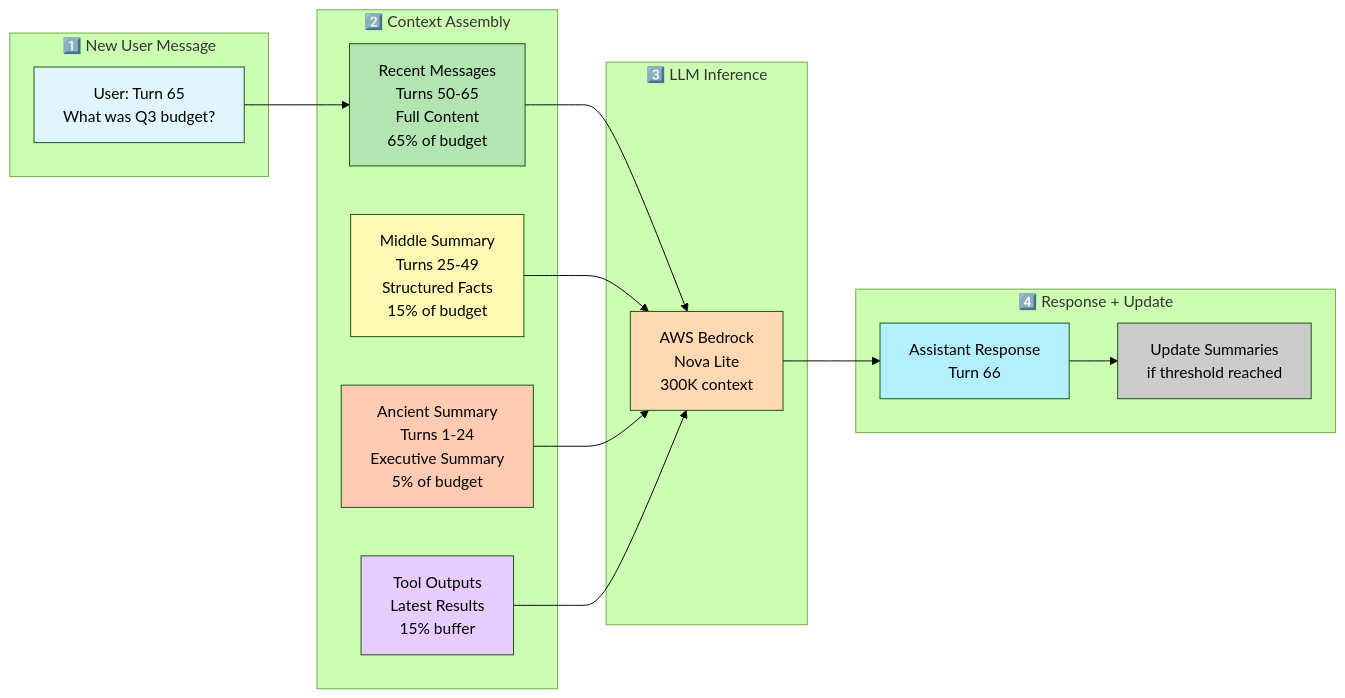
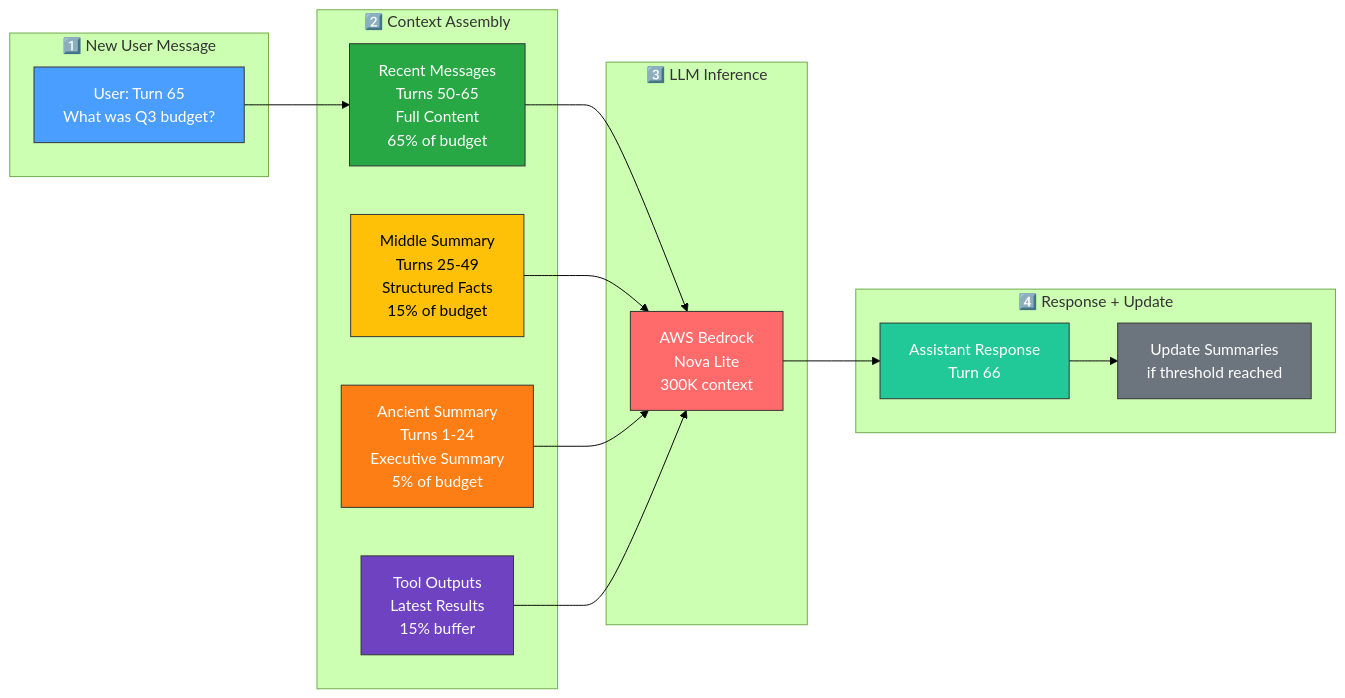
The first of 7 diagrams in README.md (koladilip/hierarchical-context-ai-agent), drawn with Mermaid (forest theme) before and after one commit.

Commit message:
docs: improve Context Management Flow diagram readability with darker colors and high contrast text

````diff
--- a/README.md
+++ b/README.md
@@ -58,40 +58,40 @@
 ```mermaid
 graph LR
     subgraph Input["1️⃣ New User Message"]
         U[User: Turn 65<br/>What was Q3 budget?]
     end
     
     subgraph Context["2️⃣ Context Assembly"]
         Recent[Recent Messages<br/>Turns 50-65<br/>Full Content<br/>65% of budget]
         Middle[Middle Summary<br/>Turns 25-49<br/>Structured Facts<br/>15% of budget]
         Ancient[Ancient Summary<br/>Turns 1-24<br/>Executive Summary<br/>5% of budget]
         Tools[Tool Outputs<br/>Latest Results<br/>15% buffer]
     end
     
     subgraph LLM["3️⃣ LLM Inference"]
         Bedrock[AWS Bedrock<br/>Nova Lite<br/>300K context]
     end
     
     subgraph Output["4️⃣ Response + Update"]
         Response[Assistant Response<br/>Turn 66]
         Update[Update Summaries<br/>if threshold reached]
     end
     
     U --> Recent
     Recent --> Bedrock
     Middle --> Bedrock
     Ancient --> Bedrock
     Tools --> Bedrock
     
     Bedrock --> Response
     Response --> Update
     
-    style U fill:#e1f5ff
-    style Recent fill:#b3e5b3
-    style Middle fill:#fff9b3
-    style Ancient fill:#ffccb3
-    style Tools fill:#e6ccff
-    style Bedrock fill:#ffd9b3
-    style Response fill:#b3f0ff
-    style Update fill:#cccccc
+    style U fill:#4a9eff,stroke:#333,color:#fff
+    style Recent fill:#28a745,stroke:#333,color:#fff
+    style Middle fill:#ffc107,stroke:#333,color:#000
+    style Ancient fill:#fd7e14,stroke:#333,color:#fff
+    style Tools fill:#6f42c1,stroke:#333,color:#fff
+    style Bedrock fill:#ff6b6b,stroke:#333,color:#fff
+    style Response fill:#20c997,stroke:#333,color:#fff
+    style Update fill:#6c757d,stroke:#333,color:#fff
 ```
````
